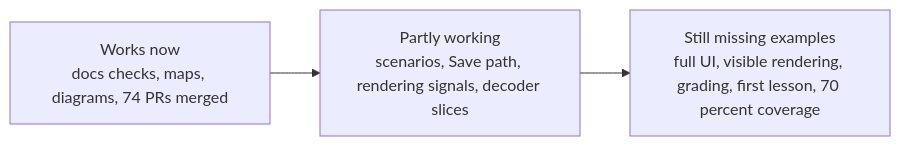
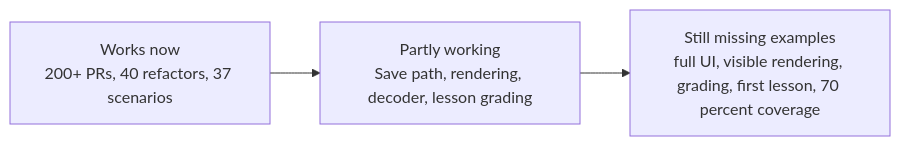
One commit to rysweet/drinkme changed the fifth of 5 diagrams in README.md. Above: the diagram before and after it, drawn with Mermaid. The commit also changed other lines of this file, not shown here.

First line of the commit message:
Update status: 200+ PRs, 40 refactors, 37 scenarios, lesson grading, TS prototype

````diff
--- a/README.md
+++ b/README.md
@@ -122,5 +121,5 @@
 ```mermaid
 flowchart LR
-  Works["Works now<br/>docs checks, maps, diagrams, 74 PRs merged"] --> Partial["Partly working<br/>scenarios, Save path, rendering signals, decoder slices"]
+  Works["Works now<br/>200+ PRs, 40 refactors, 37 scenarios"] --> Partial["Partly working<br/>Save path, rendering, decoder, lesson grading"]
   Partial --> Missing["Still missing examples<br/>full UI, visible rendering, grading, first lesson, 70 percent coverage"]
 ```
````
